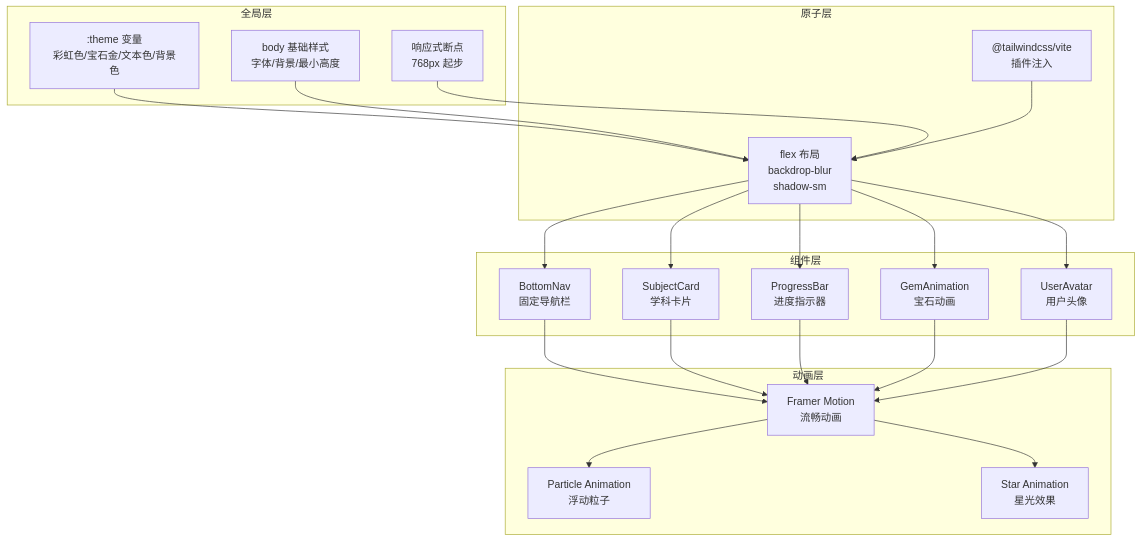
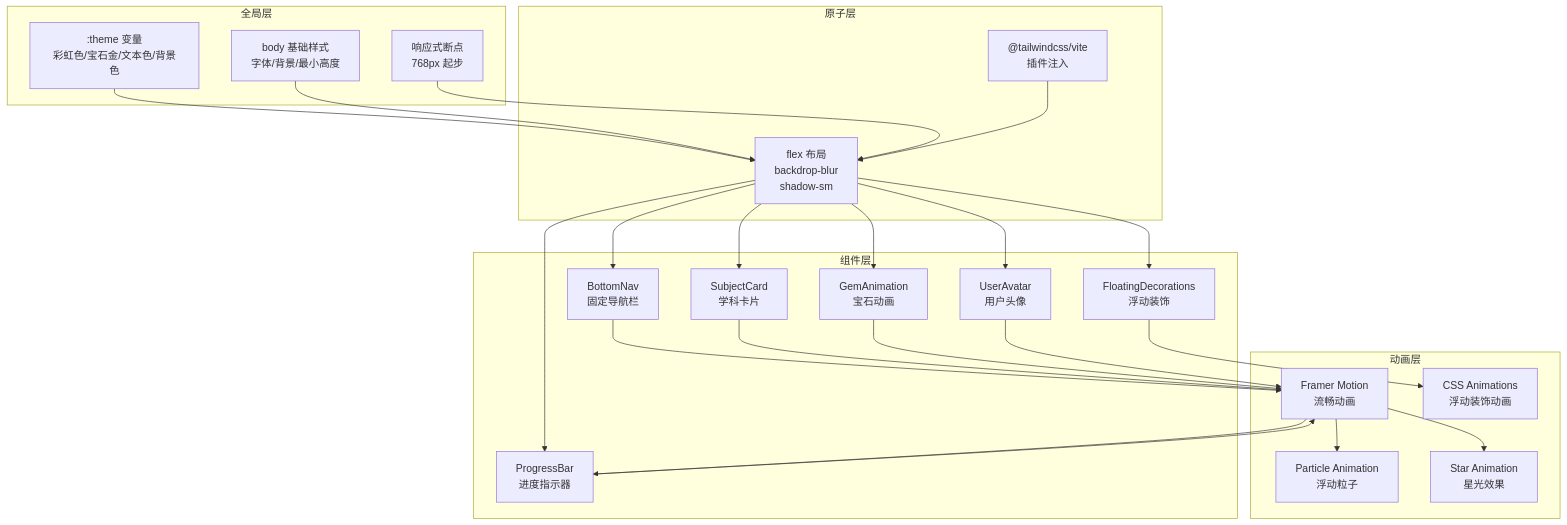
Before and after one commit to wudeng2005/rainbow-learning: the second of 9 diagrams in .qoder/repowiki/zh/content/样式系统.md, drawn with Mermaid. The commit also changed other lines of this file and 65 other files, not shown here.

````diff
--- a/.qoder/repowiki/zh/content/样式系统.md
+++ b/.qoder/repowiki/zh/content/样式系统.md
@@ -124,40 +135,45 @@
 ```mermaid
 graph TB
 subgraph "全局层"
 R[":theme 变量<br/>彩虹色/宝石金/文本色/背景色"]
 B["body 基础样式<br/>字体/背景/最小高度"]
 P["响应式断点<br/>768px 起步"]
 end
 subgraph "原子层"
 T["@tailwindcss/vite<br/>插件注入"]
 A["flex 布局<br/>backdrop-blur<br/>shadow-sm"]
 end
 subgraph "组件层"
 BN["BottomNav<br/>固定导航栏"]
 SC["SubjectCard<br/>学科卡片"]
 PB["ProgressBar<br/>进度指示器"]
 GA["GemAnimation<br/>宝石动画"]
 UA["UserAvatar<br/>用户头像"]
+FD["FloatingDecorations<br/>浮动装饰"]
 end
 subgraph "动画层"
 FM["Framer Motion<br/>流畅动画"]
 PA["Particle Animation<br/>浮动粒子"]
 SA["Star Animation<br/>星光效果"]
+CA["CSS Animations<br/>浮动装饰动画"]
 end
 R --> A
 B --> A
 P --> A
 A --> BN
 A --> SC
 A --> PB
 A --> GA
 A --> UA
+A --> FD
 T --> A
 FM --> PA
 FM --> SA
+FM --> PB
 BN --> FM
 SC --> FM
 PB --> FM
 GA --> FM
 UA --> FM
+FD --> CA
 ```
````
